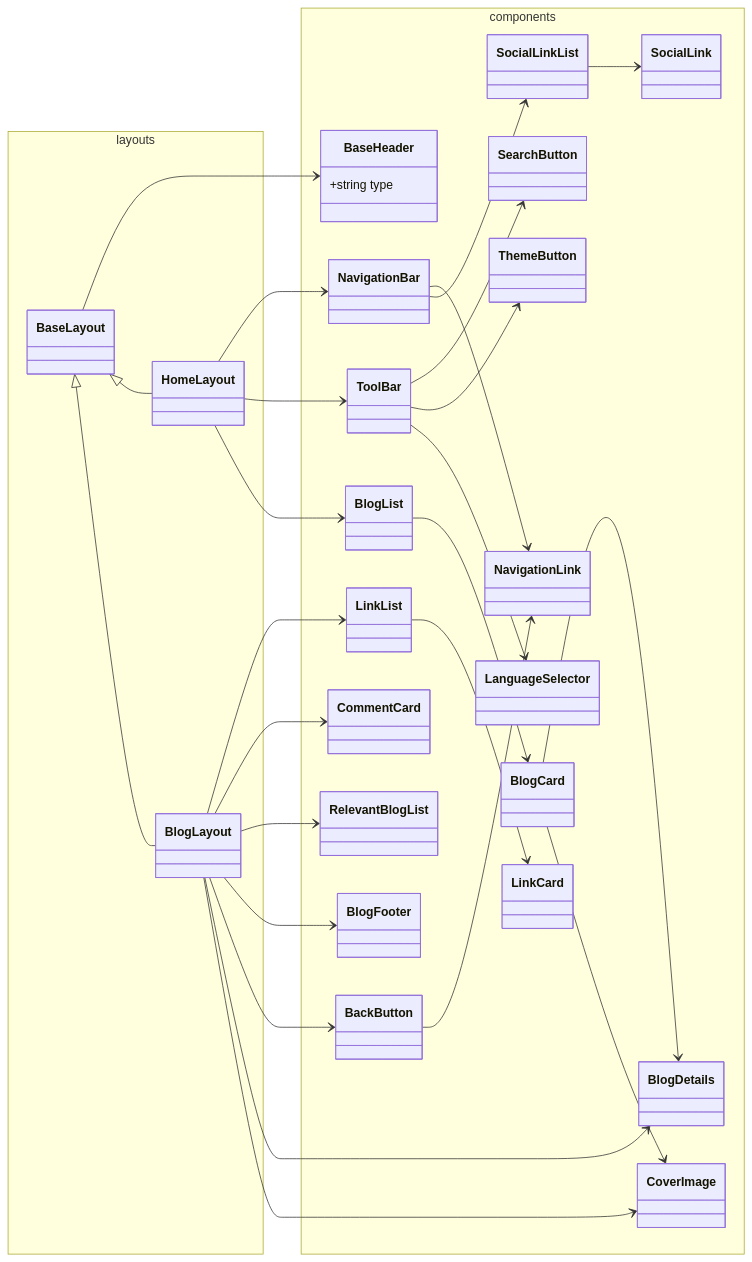
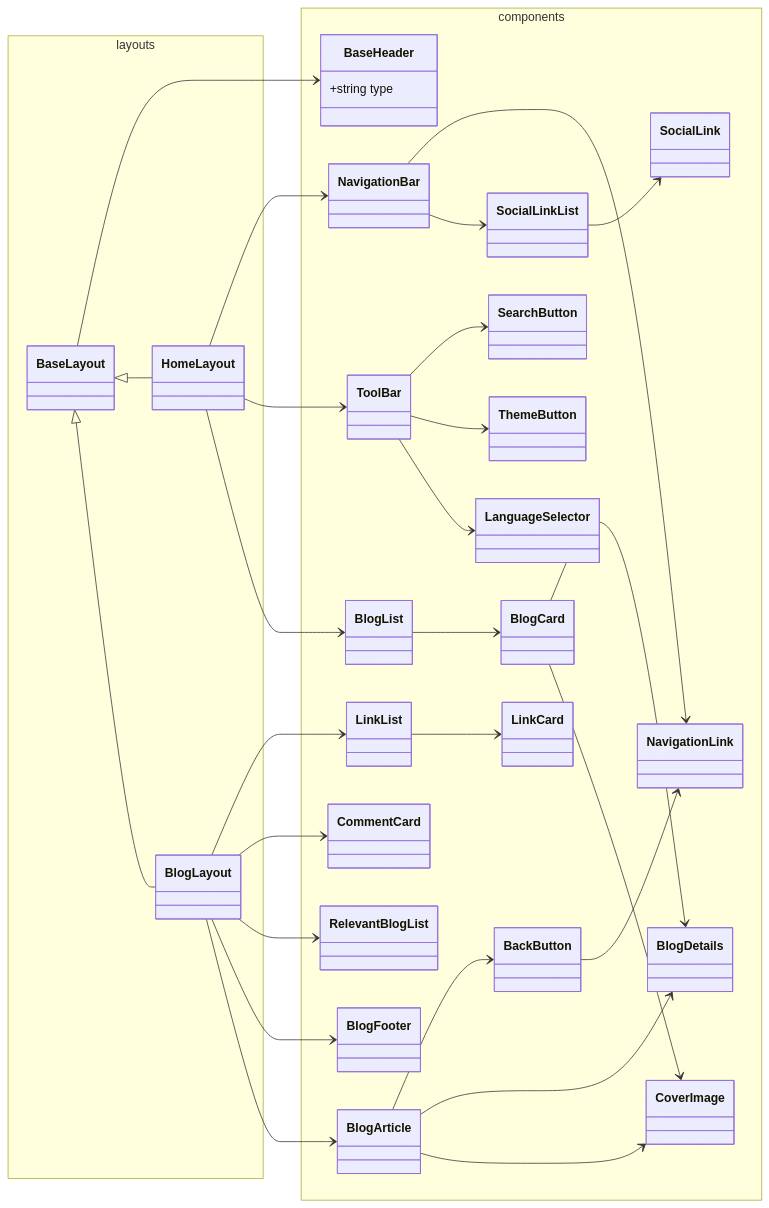
One commit to TheJiahao/TheJiahao.github.io changed the first of 2 diagrams in docs/architecture.md. Above: the diagram before and after it, drawn with Mermaid. The commit also changed 2 other files, not shown here.

Commit message:
refactor: Extract `BlogArticle` to own file

````diff
--- a/docs/architecture.md
+++ b/docs/architecture.md
@@ -5,65 +5,68 @@
 ```mermaid
 classDiagram
 direction LR
 BaseLayout --> BaseHeader
 BaseLayout <|-- HomeLayout
 BaseLayout <|-- BlogLayout
 
 HomeLayout --> NavigationBar
 HomeLayout --> ToolBar
 HomeLayout --> BlogList
 
 BlogLayout --> LinkList
 BlogLayout --> CommentCard
 BlogLayout --> RelevantBlogList
 BlogLayout --> BlogFooter
-BlogLayout --> BackButton
-BlogLayout --> BlogDetails
-BlogLayout --> CoverImage
+BlogLayout --> BlogArticle
 
 LinkList --> LinkCard
 BlogList --> BlogCard
 SocialLinkList --> SocialLink
 
 NavigationBar --> NavigationLink
 NavigationBar --> SocialLinkList
 
 ToolBar --> SearchButton
 ToolBar --> ThemeButton
 ToolBar --> LanguageSelector
 
 BackButton --> NavigationLink
 
 BlogCard --> BlogDetails
 BlogCard --> CoverImage
+
+BlogArticle --> BackButton
+BlogArticle --> BlogDetails
+BlogArticle --> CoverImage
 
 namespace layouts {
     class HomeLayout
     class BlogLayout
     class BaseLayout
 }
 
 namespace components {
     class ToolBar
     class NavigationBar
     class NavigationLink
     class SocialLink
     class SocialLinkList
     class BlogCard
     class BlogList
     class LinkCard
     class LinkList
     class CommentCard
     class RelevantBlogList
     class SearchButton
     class ThemeButton
     class LanguageSelector
     class BaseHeader {
         +string type
     }
     class BlogFooter
     class BlogDetails
     class CoverImage
     class BackButton
+    class BlogArticle
 }
 ```
````
